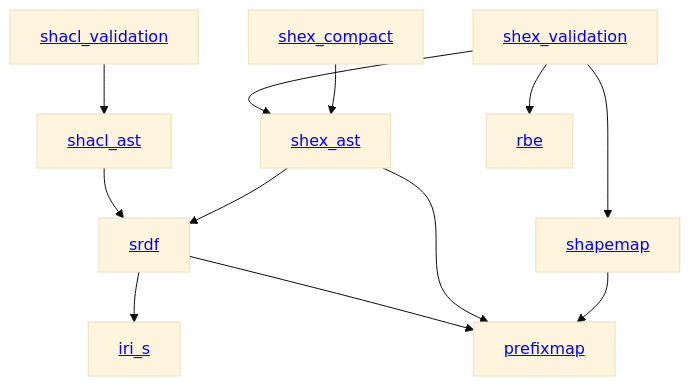
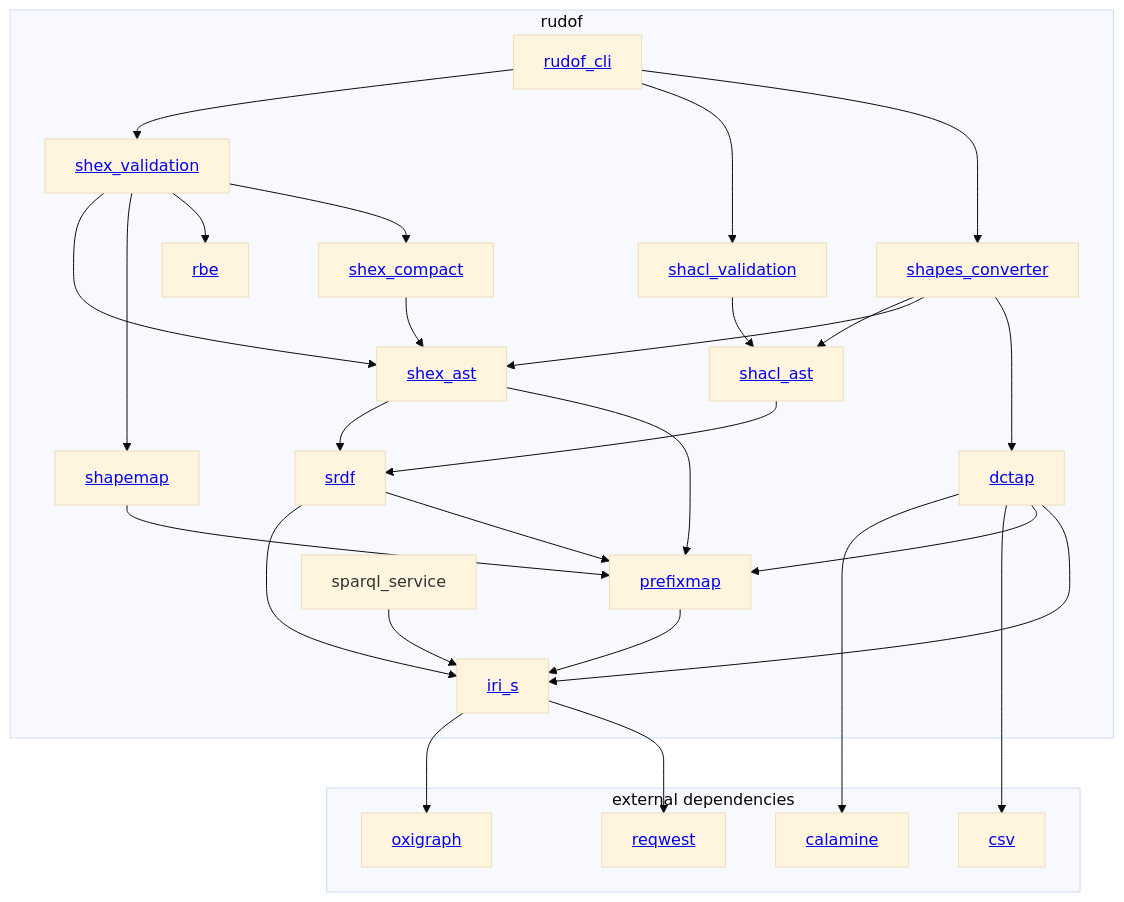
Before and after one commit to rudof-project/rudof: the diagram in docs/src/internals/architecture.md, drawn with Mermaid (base theme). The commit also changed other lines of this file, not shown here.

Commit message:
Added subgraph

````diff
--- a/docs/src/internals/architecture.md
+++ b/docs/src/internals/architecture.md
@@ -5,24 +5,50 @@
 ```mermaid
 graph TD;
+ iri_s --> oxigraph;
+ iri_s --> reqwest ;
+ dctap --> calamine ;
+ dctap --> csv 
+subgraph rudof
+    rudof_cli[<a href='https://crates.io/crates/rudof_cli'>rudof_cli</a>];
     shex_ast[<a href='https://crates.io/crates/shex_ast'>shex_ast</a>];
     srdf[<a href='https://crates.io/crates/srdf'>srdf</a>];
     shex_compact[<a href='https://crates.io/crates/shex_compact'>shex_compact</a>];
     shex_validation[<a href='https://crates.io/crates/shex_validation'>shex_validation</a>];
     shacl_validation[<a href='https://crates.io/crates/shacl_validation'>shacl_validation</a>];
     shacl_ast[<a href='https://crates.io/crates/shacl_ast'>shacl_ast</a>];
     iri_s[<a href='https://crates.io/crates/iri_s'>iri_s</a>];
     prefixmap[<a href='https://crates.io/crates/prefixmap'>prefixmap</a>];
     shapemap[<a href='https://crates.io/crates/shapemap'>shapemap</a>];
     rbe[<a href='https://crates.io/crates/rbe'>rbe</a>];
+    shapes_converter[<a href='https://crates.io/crates/shapes_converter'>shapes_converter</a>];
+    dctap[<a href='https://crates.io/crates/dctap'>dctap</a>];
     shex_ast --> srdf ;
     shex_compact-->shex_ast;
     shex_validation-->shex_ast;
     srdf-->iri_s;
     shacl_ast-->srdf;
     shacl_validation-->shacl_ast;
     shex_validation-->shapemap;
     shapemap-->prefixmap;
     shex_ast-->prefixmap;
     srdf-->prefixmap;
     shex_validation-->rbe;
+    dctap-->prefixmap;
+    dctap --> iri_s;
+    shapes_converter-->shacl_ast;
+    shapes_converter-->shex_ast;
+    shapes_converter-->dctap;
+    prefixmap --> iri_s ;
+    shex_validation --> shex_compact
+    sparql_service --> iri_s ;
+ rudof_cli --> shex_validation ;
+ rudof_cli --> shacl_validation ;
+ rudof_cli --> shapes_converter ;
+end
+subgraph external dependencies
+ oxigraph[<a href='https://crates.io/crates/oxigraph'>oxigraph</a>] ;
+ calamine[<a href='https://docs.rs/calamine/latest/calamine/'>calamine</a>] ;
+ reqwest[<a href='https://docs.rs/reqwest/latest/reqwest/'>reqwest</a>] ;
+ csv[<a href='https://docs.rs/csv/latest/csv/'>csv</a>] 
+end
 ```
````
